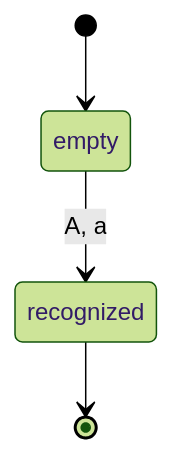
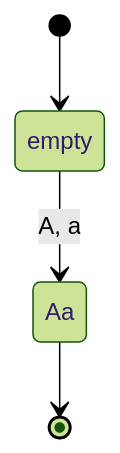
Before and after one commit to raganwald/raganwald.github.com: diagram 32 of 34 in _posts/2019-09-21-regular-expressions.md, drawn with Mermaid (forest theme). The commit also changed other lines of this file and 2 other files, not shown here.

```diff
--- a/_posts/2019-09-21-regular-expressions.md
+++ b/_posts/2019-09-21-regular-expressions.md
@@ -3300,6 +3258,6 @@
 <div class="mermaid">
   stateDiagram
     [*]-->empty
-    empty-->recognized : A, a
-    recognized-->[*]
+    empty-->Aa : A, a
+    Aa-->[*]
 </div>
```
